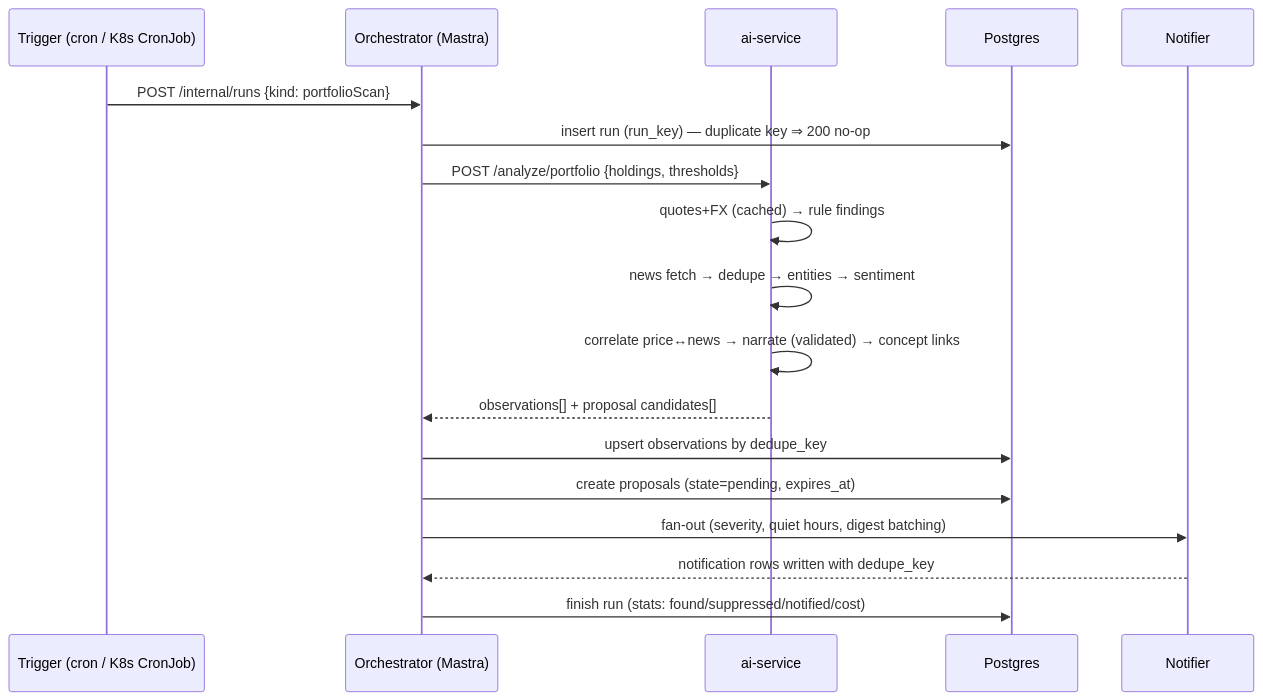
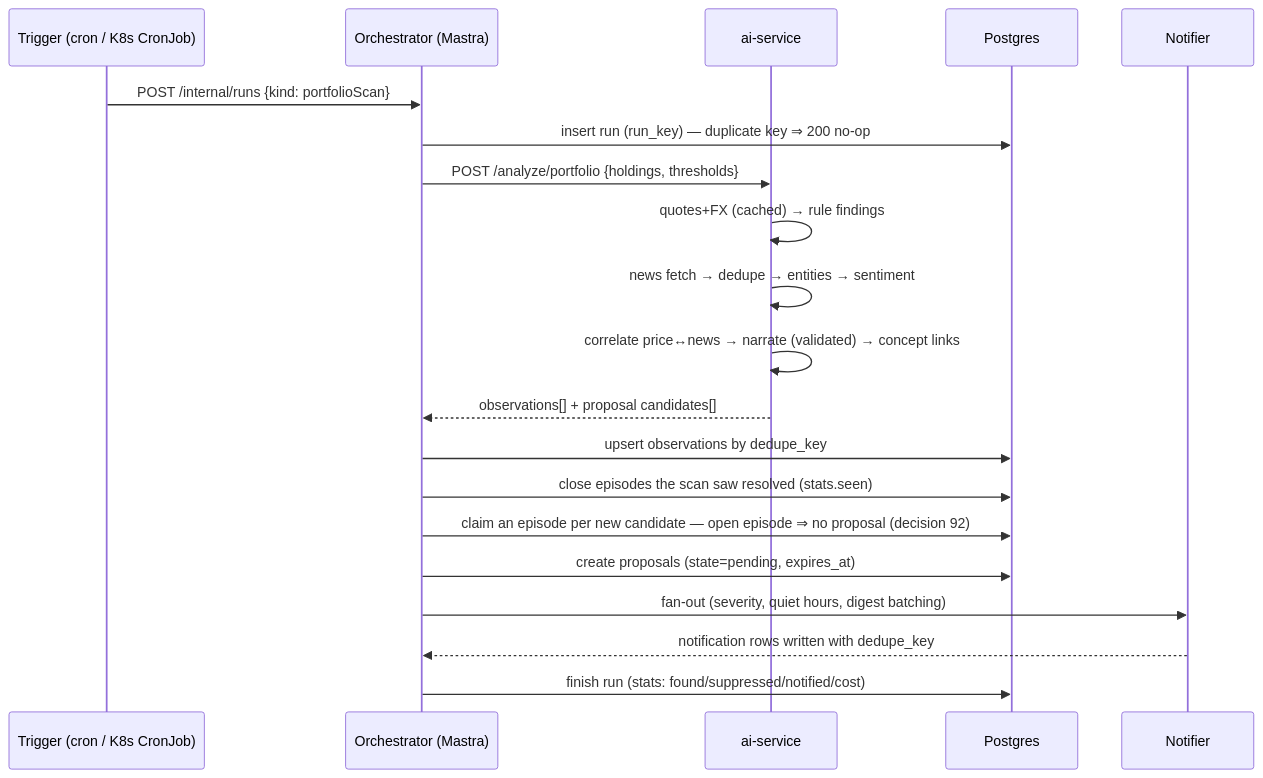
One commit to barakfisher/Trader changed the second of 6 diagrams in docs/FLOWS.md. Above: the diagram before and after it, drawn with Mermaid. The commit also changed 17 other files, not shown here.

First line of the commit message:
Proposals: a standing finding is asked about once per episode (task 8, decision 92)

````diff
--- a/docs/FLOWS.md
+++ b/docs/FLOWS.md
@@ -36,20 +36,22 @@
 ```mermaid
 sequenceDiagram
   participant T as Trigger (cron / K8s CronJob)
   participant O as Orchestrator (Mastra)
   participant A as ai-service
   participant DB as Postgres
   participant N as Notifier
   T->>O: POST /internal/runs {kind: portfolioScan}
   O->>DB: insert run (run_key) — duplicate key ⇒ 200 no-op
   O->>A: POST /analyze/portfolio {holdings, thresholds}
   A->>A: quotes+FX (cached) → rule findings
   A->>A: news fetch → dedupe → entities → sentiment
   A->>A: correlate price↔news → narrate (validated) → concept links
   A-->>O: observations[] + proposal candidates[]
   O->>DB: upsert observations by dedupe_key
+  O->>DB: close episodes the scan saw resolved (stats.seen)
+  O->>DB: claim an episode per new candidate — open episode ⇒ no proposal (decision 92)
   O->>DB: create proposals (state=pending, expires_at)
   O->>N: fan-out (severity, quiet hours, digest batching)
   N-->>O: notification rows written with dedupe_key
   O->>DB: finish run (stats: found/suppressed/notified/cost)
 ```
````
